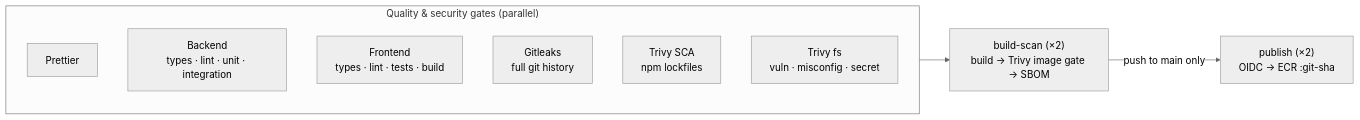
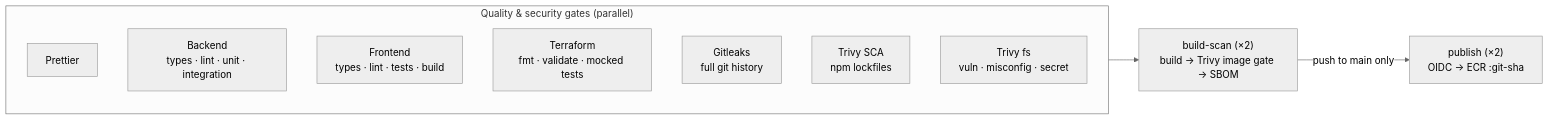
Before and after one commit to gitcliff/aws-three-tier-web-platform: the diagram in docs/ci-cd.md, drawn with Mermaid (neutral theme). The commit also changed other lines of this file and 13 other files, not shown here.

````diff
--- a/docs/ci-cd.md
+++ b/docs/ci-cd.md
@@ -8,13 +8,14 @@
 ```mermaid
 flowchart LR
   subgraph gates["Quality & security gates (parallel)"]
     F[Prettier]
     B["Backend<br/>types · lint · unit · integration"]
     W["Frontend<br/>types · lint · tests · build"]
+    T["Terraform<br/>fmt · validate · mocked tests"]
     G[Gitleaks<br/>full git history]
     S[Trivy SCA<br/>npm lockfiles]
     R[Trivy fs<br/>vuln · misconfig · secret]
   end
   gates --> BS["build-scan (×2)<br/>build → Trivy image gate → SBOM"]
   BS -->|"push to main only"| P["publish (×2)<br/>OIDC → ECR :git-sha"]
 ```
````
